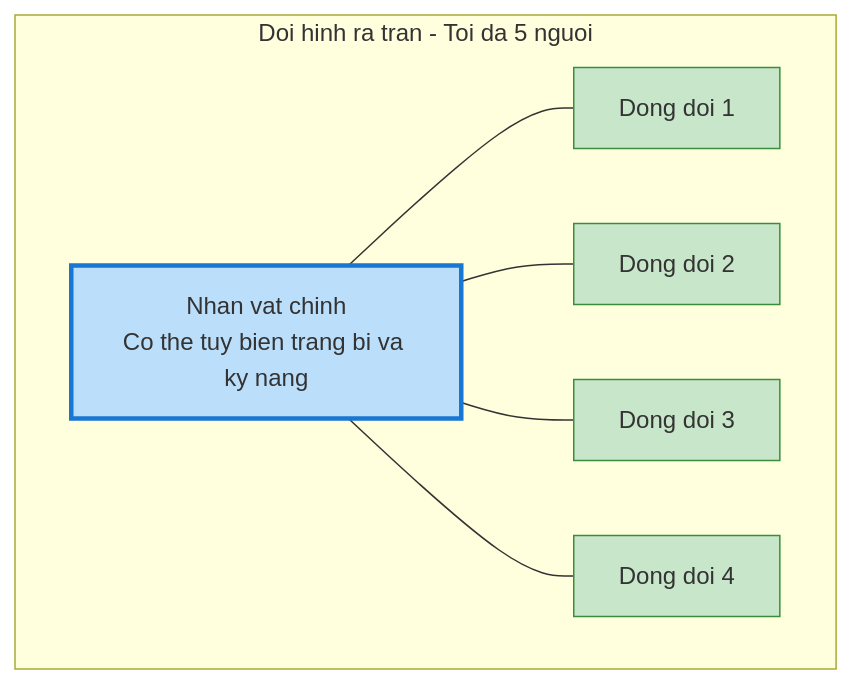
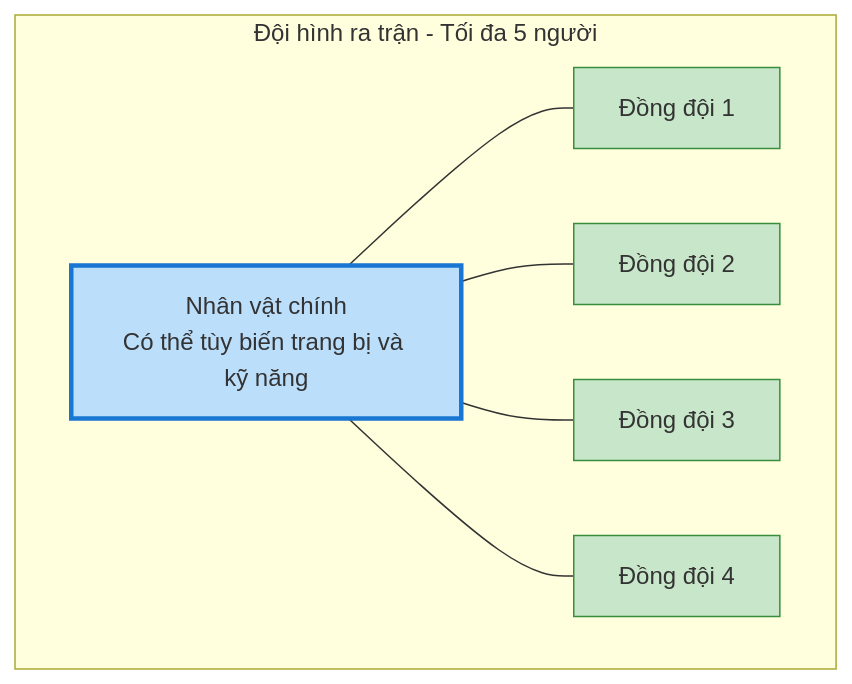
Before and after one commit to luantran-working/idlegame-designdocs: the second of 4 diagrams in docs/ke-hoach-tong-the.md, drawn with Mermaid. The commit also changed other lines of this file and 16 other files, not shown here.

Commit message:
feat: Introduce extensive game design documentation covering game systems, UI, and roadmap, and enable Mermaid diagram support in Docusaurus.

````diff
--- a/docs/ke-hoach-tong-the.md
+++ b/docs/ke-hoach-tong-the.md
@@ -116,21 +116,21 @@
 ```mermaid
 flowchart TB
-    subgraph Team["Doi hinh ra tran - Toi da 5 nguoi"]
-        Player["Nhan vat chinh<br/>Co the tuy bien trang bi va ky nang"]
-        Slot1["Dong doi 1"]
-        Slot2["Dong doi 2"]
-        Slot3["Dong doi 3"]
-        Slot4["Dong doi 4"]
+    subgraph Team["Đội hình ra trận - Tối đa 5 người"]
+        Player["Nhân vật chính<br/>Có thể tùy biến trang bị và kỹ năng"]
+        Slot1["Đồng đội 1"]
+        Slot2["Đồng đội 2"]
+        Slot3["Đồng đội 3"]
+        Slot4["Đồng đội 4"]
     end
 
     Player --- Slot1
     Player --- Slot2
     Player --- Slot3
     Player --- Slot4
 
     style Player fill:#bbdefb,stroke:#1976d2,stroke-width:3px
     style Slot1 fill:#c8e6c9,stroke:#388e3c,stroke-width:1px
     style Slot2 fill:#c8e6c9,stroke:#388e3c,stroke-width:1px
     style Slot3 fill:#c8e6c9,stroke:#388e3c,stroke-width:1px
     style Slot4 fill:#c8e6c9,stroke:#388e3c,stroke-width:1px
 ```
````
